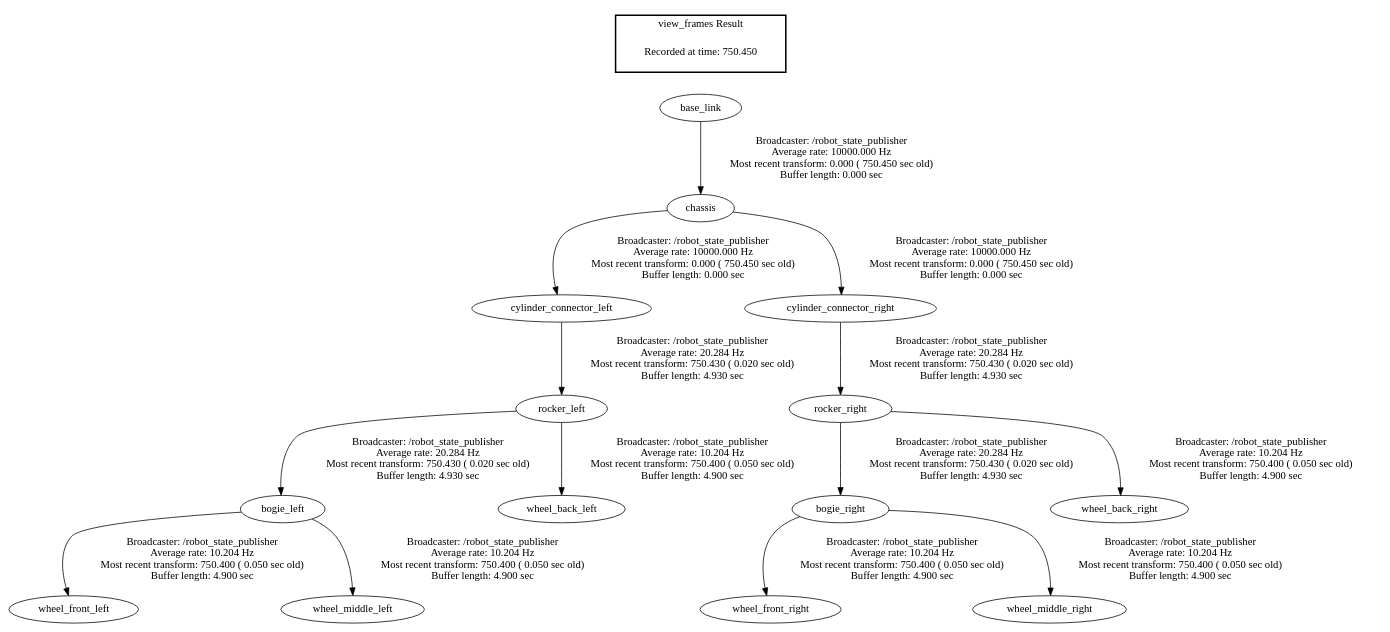
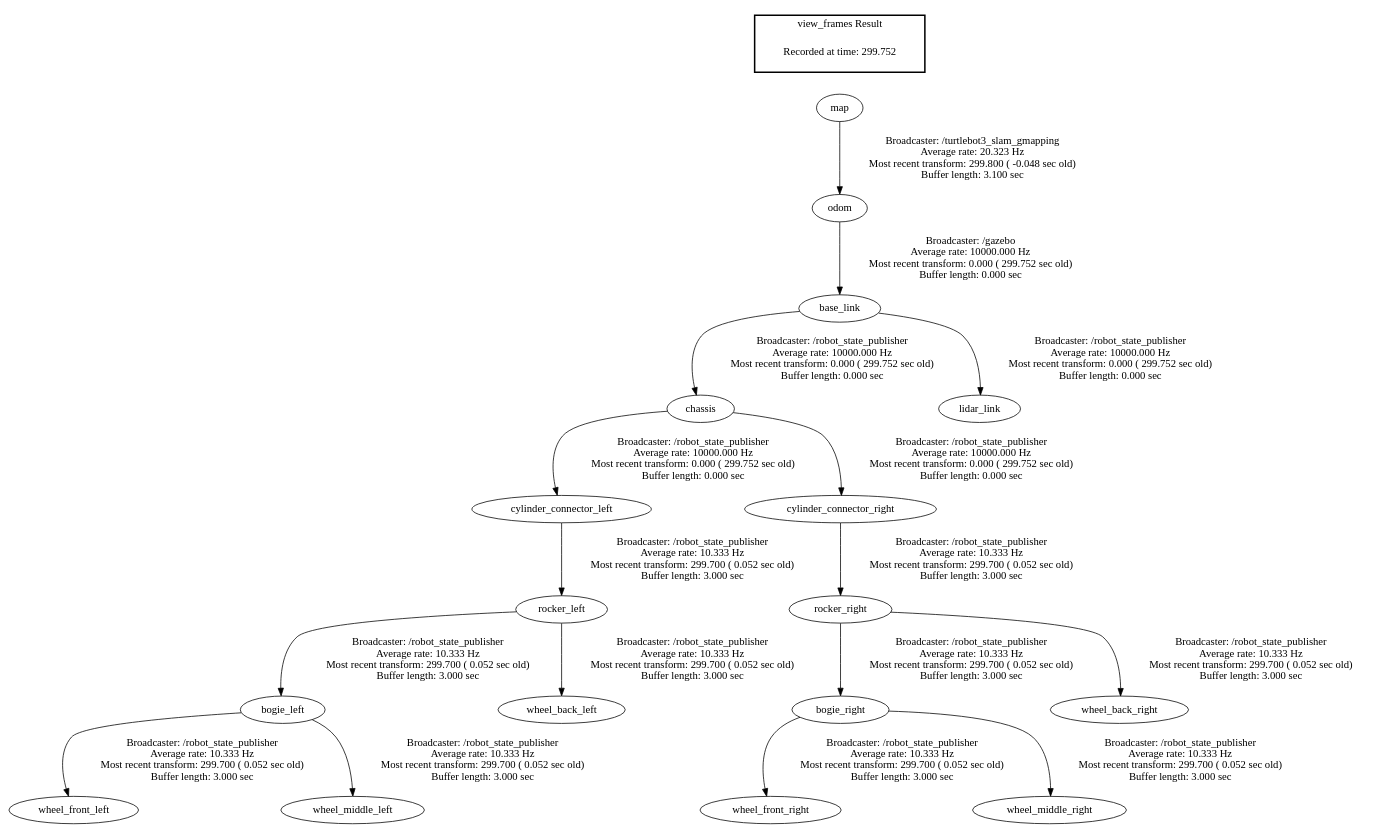
One commit to yossaphatkln/Senior_project changed the diagram in src/rocker_bogie/src/frames.gv. Above: the diagram before and after it, drawn with Graphviz. The commit also changed 1 other file, not shown here.

```diff
--- a/src/rocker_bogie/src/frames.gv
+++ b/src/rocker_bogie/src/frames.gv
@@ -1,19 +1,22 @@
 digraph G {
-"base_link" -> "chassis"[label="Broadcaster: /robot_state_publisher\nAverage rate: 10000.000 Hz\nMost recent transform: 0.000 ( 750.450 sec old)\nBuffer length: 0.000 sec\n"];
-"chassis" -> "cylinder_connector_left"[label="Broadcaster: /robot_state_publisher\nAverage rate: 10000.000 Hz\nMost recent transform: 0.000 ( 750.450 sec old)\nBuffer length: 0.000 sec\n"];
-"chassis" -> "cylinder_connector_right"[label="Broadcaster: /robot_state_publisher\nAverage rate: 10000.000 Hz\nMost recent transform: 0.000 ( 750.450 sec old)\nBuffer length: 0.000 sec\n"];
-"cylinder_connector_left" -> "rocker_left"[label="Broadcaster: /robot_state_publisher\nAverage rate: 20.284 Hz\nMost recent transform: 750.430 ( 0.020 sec old)\nBuffer length: 4.930 sec\n"];
-"cylinder_connector_right" -> "rocker_right"[label="Broadcaster: /robot_state_publisher\nAverage rate: 20.284 Hz\nMost recent transform: 750.430 ( 0.020 sec old)\nBuffer length: 4.930 sec\n"];
-"rocker_left" -> "bogie_left"[label="Broadcaster: /robot_state_publisher\nAverage rate: 20.284 Hz\nMost recent transform: 750.430 ( 0.020 sec old)\nBuffer length: 4.930 sec\n"];
-"rocker_right" -> "bogie_right"[label="Broadcaster: /robot_state_publisher\nAverage rate: 20.284 Hz\nMost recent transform: 750.430 ( 0.020 sec old)\nBuffer length: 4.930 sec\n"];
-"rocker_left" -> "wheel_back_left"[label="Broadcaster: /robot_state_publisher\nAverage rate: 10.204 Hz\nMost recent transform: 750.400 ( 0.050 sec old)\nBuffer length: 4.900 sec\n"];
-"rocker_right" -> "wheel_back_right"[label="Broadcaster: /robot_state_publisher\nAverage rate: 10.204 Hz\nMost recent transform: 750.400 ( 0.050 sec old)\nBuffer length: 4.900 sec\n"];
-"bogie_left" -> "wheel_front_left"[label="Broadcaster: /robot_state_publisher\nAverage rate: 10.204 Hz\nMost recent transform: 750.400 ( 0.050 sec old)\nBuffer length: 4.900 sec\n"];
-"bogie_right" -> "wheel_front_right"[label="Broadcaster: /robot_state_publisher\nAverage rate: 10.204 Hz\nMost recent transform: 750.400 ( 0.050 sec old)\nBuffer length: 4.900 sec\n"];
-"bogie_left" -> "wheel_middle_left"[label="Broadcaster: /robot_state_publisher\nAverage rate: 10.204 Hz\nMost recent transform: 750.400 ( 0.050 sec old)\nBuffer length: 4.900 sec\n"];
-"bogie_right" -> "wheel_middle_right"[label="Broadcaster: /robot_state_publisher\nAverage rate: 10.204 Hz\nMost recent transform: 750.400 ( 0.050 sec old)\nBuffer length: 4.900 sec\n"];
+"odom" -> "base_link"[label="Broadcaster: /gazebo\nAverage rate: 10000.000 Hz\nMost recent transform: 0.000 ( 299.752 sec old)\nBuffer length: 0.000 sec\n"];
+"map" -> "odom"[label="Broadcaster: /turtlebot3_slam_gmapping\nAverage rate: 20.323 Hz\nMost recent transform: 299.800 ( -0.048 sec old)\nBuffer length: 3.100 sec\n"];
+"base_link" -> "chassis"[label="Broadcaster: /robot_state_publisher\nAverage rate: 10000.000 Hz\nMost recent transform: 0.000 ( 299.752 sec old)\nBuffer length: 0.000 sec\n"];
+"chassis" -> "cylinder_connector_left"[label="Broadcaster: /robot_state_publisher\nAverage rate: 10000.000 Hz\nMost recent transform: 0.000 ( 299.752 sec old)\nBuffer length: 0.000 sec\n"];
+"chassis" -> "cylinder_connector_right"[label="Broadcaster: /robot_state_publisher\nAverage rate: 10000.000 Hz\nMost recent transform: 0.000 ( 299.752 sec old)\nBuffer length: 0.000 sec\n"];
+"base_link" -> "lidar_link"[label="Broadcaster: /robot_state_publisher\nAverage rate: 10000.000 Hz\nMost recent transform: 0.000 ( 299.752 sec old)\nBuffer length: 0.000 sec\n"];
+"cylinder_connector_left" -> "rocker_left"[label="Broadcaster: /robot_state_publisher\nAverage rate: 10.333 Hz\nMost recent transform: 299.700 ( 0.052 sec old)\nBuffer length: 3.000 sec\n"];
+"cylinder_connector_right" -> "rocker_right"[label="Broadcaster: /robot_state_publisher\nAverage rate: 10.333 Hz\nMost recent transform: 299.700 ( 0.052 sec old)\nBuffer length: 3.000 sec\n"];
+"rocker_left" -> "bogie_left"[label="Broadcaster: /robot_state_publisher\nAverage rate: 10.333 Hz\nMost recent transform: 299.700 ( 0.052 sec old)\nBuffer length: 3.000 sec\n"];
+"rocker_right" -> "bogie_right"[label="Broadcaster: /robot_state_publisher\nAverage rate: 10.333 Hz\nMost recent transform: 299.700 ( 0.052 sec old)\nBuffer length: 3.000 sec\n"];
+"rocker_left" -> "wheel_back_left"[label="Broadcaster: /robot_state_publisher\nAverage rate: 10.333 Hz\nMost recent transform: 299.700 ( 0.052 sec old)\nBuffer length: 3.000 sec\n"];
+"rocker_right" -> "wheel_back_right"[label="Broadcaster: /robot_state_publisher\nAverage rate: 10.333 Hz\nMost recent transform: 299.700 ( 0.052 sec old)\nBuffer length: 3.000 sec\n"];
+"bogie_left" -> "wheel_front_left"[label="Broadcaster: /robot_state_publisher\nAverage rate: 10.333 Hz\nMost recent transform: 299.700 ( 0.052 sec old)\nBuffer length: 3.000 sec\n"];
+"bogie_right" -> "wheel_front_right"[label="Broadcaster: /robot_state_publisher\nAverage rate: 10.333 Hz\nMost recent transform: 299.700 ( 0.052 sec old)\nBuffer length: 3.000 sec\n"];
+"bogie_left" -> "wheel_middle_left"[label="Broadcaster: /robot_state_publisher\nAverage rate: 10.333 Hz\nMost recent transform: 299.700 ( 0.052 sec old)\nBuffer length: 3.000 sec\n"];
+"bogie_right" -> "wheel_middle_right"[label="Broadcaster: /robot_state_publisher\nAverage rate: 10.333 Hz\nMost recent transform: 299.700 ( 0.052 sec old)\nBuffer length: 3.000 sec\n"];
 edge [style=invis];
  subgraph cluster_legend { style=bold; color=black; label ="view_frames Result";
-"Recorded at time: 750.450"[ shape=plaintext ] ;
- }->"base_link";
+"Recorded at time: 299.752"[ shape=plaintext ] ;
+ }->"map";
 }
```
